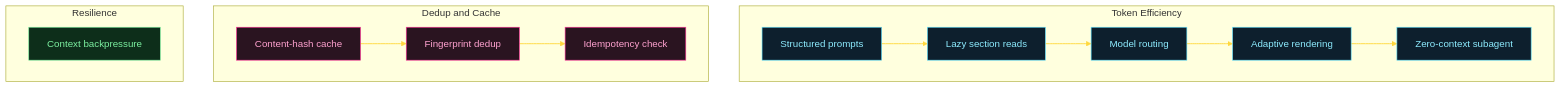
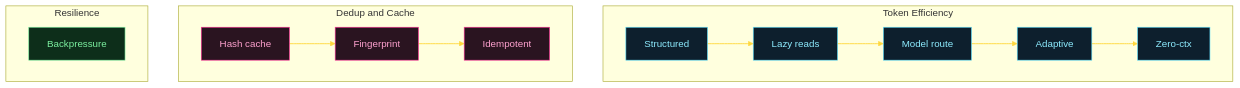
Before and after one commit to RazvanGabrielNiculae/picasso-claude-design-claude-code-bridge-loop: the eighth of 9 diagrams in README.md, drawn with Mermaid.

Commit message:
style: shorter node labels in Nine patterns for compact layout

````diff
--- a/README.md
+++ b/README.md
@@ -355,31 +355,31 @@
 ```mermaid
 flowchart TD
     subgraph TOK["Token Efficiency"]
         direction LR
-        P01[Structured prompts] --> P04[Lazy section reads] --> P05[Model routing] --> P06[Adaptive rendering] --> P07[Zero-context subagent]
+        P01[Structured] --> P04[Lazy reads] --> P05[Model route] --> P06[Adaptive] --> P07[Zero-ctx]
     end
     subgraph DED["Dedup and Cache"]
         direction LR
-        P02[Content-hash cache] --> P03[Fingerprint dedup] --> P08[Idempotency check]
+        P02[Hash cache] --> P03[Fingerprint] --> P08[Idempotent]
     end
     subgraph RES["Resilience"]
         direction LR
-        P09[Context backpressure]
+        P09[Backpressure]
     end
 
     style P01 fill:#0d1f2d,stroke:#5ce1ff,color:#8eecff
     style P04 fill:#0d1f2d,stroke:#5ce1ff,color:#8eecff
     style P05 fill:#0d1f2d,stroke:#5ce1ff,color:#8eecff
     style P06 fill:#0d1f2d,stroke:#5ce1ff,color:#8eecff
     style P07 fill:#0d1f2d,stroke:#5ce1ff,color:#8eecff
     style P02 fill:#2a1420,stroke:#ff2d95,color:#ffa2cf
     style P03 fill:#2a1420,stroke:#ff2d95,color:#ffa2cf
     style P08 fill:#2a1420,stroke:#ff2d95,color:#ffa2cf
     style P09 fill:#0d2e1a,stroke:#7cf0a0,color:#7cf0a0
     linkStyle 0 stroke:#ffd83d,stroke-width:1.5px
     linkStyle 1 stroke:#ffd83d,stroke-width:1.5px
     linkStyle 2 stroke:#ffd83d,stroke-width:1.5px
     linkStyle 3 stroke:#ffd83d,stroke-width:1.5px
     linkStyle 4 stroke:#ffd83d,stroke-width:1.5px
     linkStyle 5 stroke:#ffd83d,stroke-width:1.5px
 ```
````
